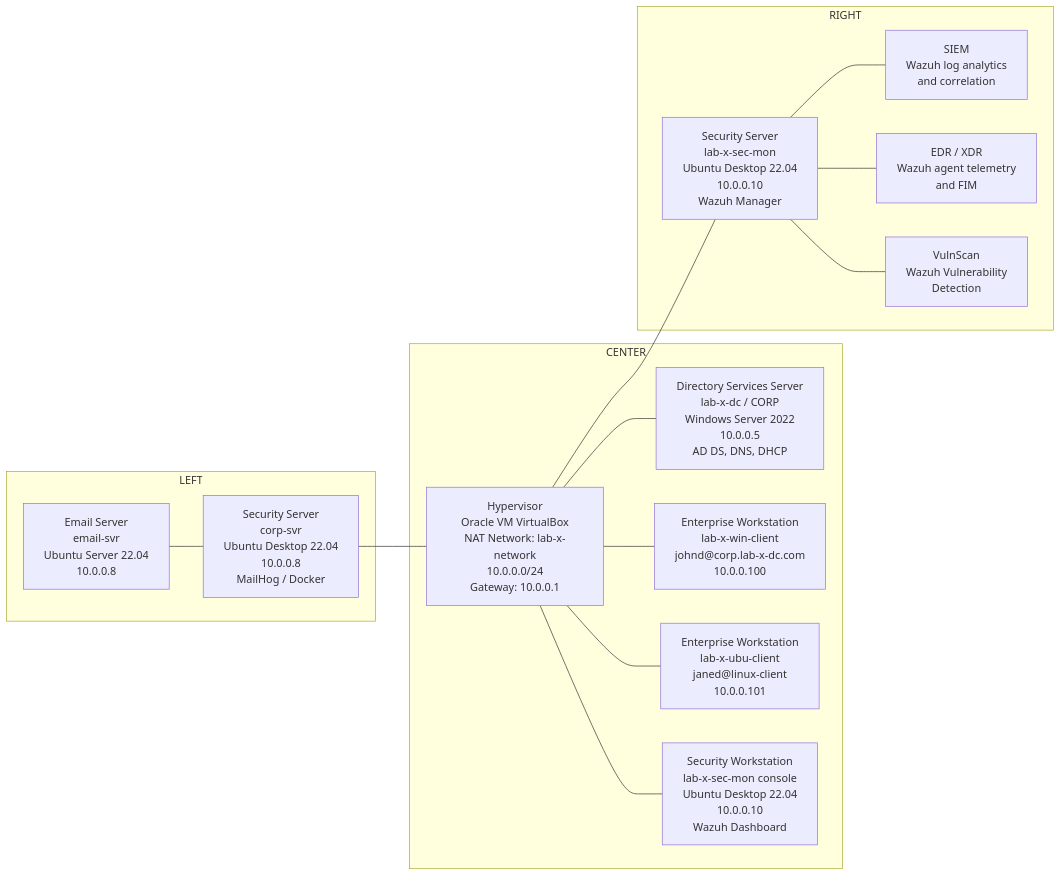
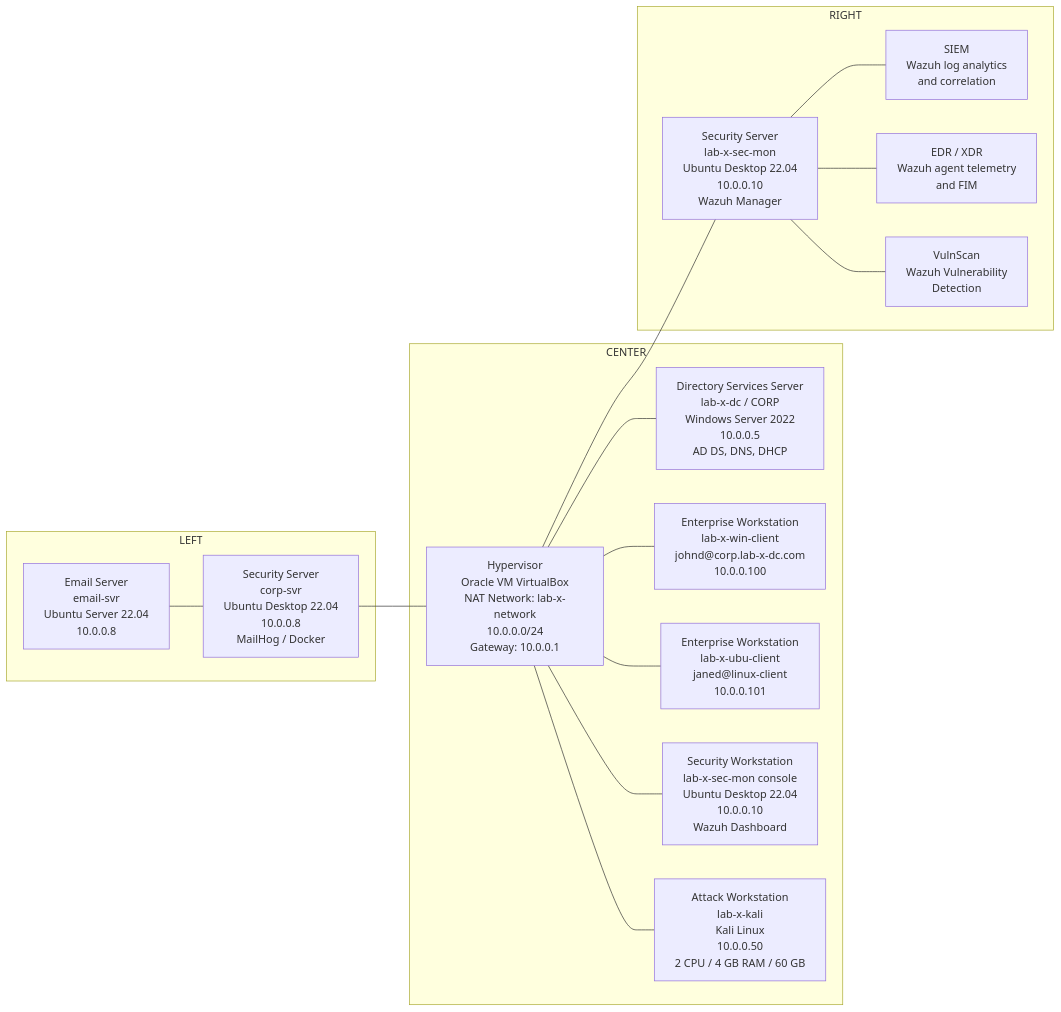
Before and after one commit to 21bitt/SOC-Lab: the diagram in README.md, drawn with Mermaid. The commit also changed other lines of this file, not shown here.

First line of the commit message:
Enhance README with Kali Linux and exercise details

````diff
--- a/README.md
+++ b/README.md
@@ -11,27 +11,29 @@
 ```mermaid
 flowchart LR
     subgraph LEFT
         ES["Email Server<br/>email-svr<br/>Ubuntu Server 22.04<br/>10.0.0.8"] --- SS1["Security Server<br/>corp-svr<br/>Ubuntu Desktop 22.04<br/>10.0.0.8<br/>MailHog / Docker"]
     end
 
     subgraph CENTER
         DS["Directory Services Server<br/>lab-x-dc / CORP<br/>Windows Server 2022<br/>10.0.0.5<br/>AD DS, DNS, DHCP"]
         HV["Hypervisor<br/>Oracle VM VirtualBox<br/>NAT Network: lab-x-network<br/>10.0.0.0/24<br/>Gateway: 10.0.0.1"]
         EW1["Enterprise Workstation<br/>lab-x-win-client<br/>johnd@corp.lab-x-dc.com<br/>10.0.0.100"]
         EW2["Enterprise Workstation<br/>lab-x-ubu-client<br/>janed@linux-client<br/>10.0.0.101"]
         SW["Security Workstation<br/>lab-x-sec-mon console<br/>Ubuntu Desktop 22.04<br/>10.0.0.10<br/>Wazuh Dashboard"]
+        KALI["Attack Workstation<br/>lab-x-kali<br/>Kali Linux<br/>10.0.0.50<br/>2 CPU / 4 GB RAM / 60 GB"]
     end
 
     subgraph RIGHT
         SS2["Security Server<br/>lab-x-sec-mon<br/>Ubuntu Desktop 22.04<br/>10.0.0.10<br/>Wazuh Manager"] --- SIEM["SIEM<br/>Wazuh log analytics<br/>and correlation"]
         SS2 --- EDR["EDR / XDR<br/>Wazuh agent telemetry<br/>and FIM"]
         SS2 --- VS["VulnScan<br/>Wazuh Vulnerability<br/>Detection"]
     end
 
     SS1 --- HV
     HV --- DS
     HV --- SS2
     HV --- EW1
     HV --- EW2
     HV --- SW
+    HV --- KALI
 ```
````
